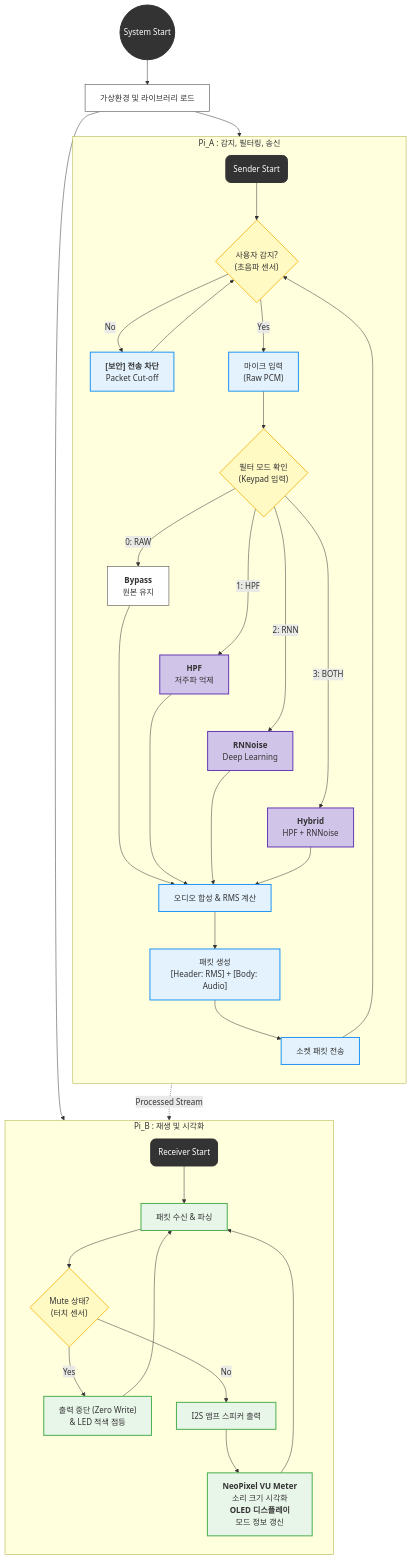
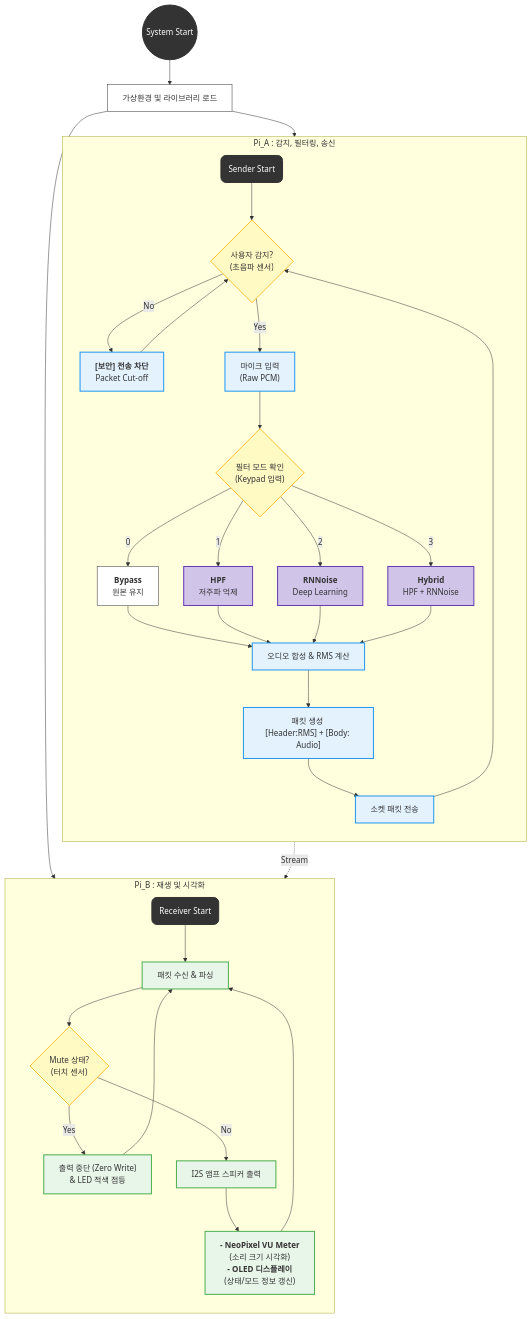
Before and after one commit to yoseflp/Embedded_noise_filter_team: the third of 3 diagrams in README.md, drawn with Mermaid. The commit also changed other lines of this file, not shown here.

````diff
--- a/README.md
+++ b/README.md
@@ -160,59 +172,72 @@
 ```mermaid
 flowchart TD
+    %% --- 스타일 정의 ---
     classDef start fill:#333,stroke:#333,stroke-width:2px,color:white,rx:10,ry:10;
     classDef proc fill:#fff,stroke:#333,stroke-width:1px;
     classDef decision fill:#fff9c4,stroke:#fbc02d,stroke-width:2px;
     classDef sender fill:#e3f2fd,stroke:#2196f3,stroke-width:2px;
     classDef receiver fill:#e8f5e9,stroke:#4caf50,stroke-width:2px;
     classDef filter fill:#d1c4e9,stroke:#673ab7,stroke-width:2px;
 
+    %% --- 시작점 ---
     Root((System Start)):::start --> Init["가상환경 및 라이브러리 로드"]:::proc
-    Init --> Fork_A & Fork_B
+    Init --> Fork_A
+    Init --> Fork_B
 
+    %% --- [Pi A] 송신부 ---
     subgraph Sender_Logic [Pi_A : 감지, 필터링, 송신]
         direction TB
         Fork_A(Sender Start):::start
+        
         Fork_A --> Check_User{"사용자 감지?<br>(초음파 센서)"}:::decision
         
+        %% 분기: 사용자 없음
         Check_User -- No --> Packet_Cut["<b>[보안] 전송 차단</b><br>Packet Cut-off"]:::sender
         Packet_Cut --> Check_User
         
+        %% 분기: 사용자 있음
         Check_User -- Yes --> Read_Mic["마이크 입력<br>(Raw PCM)"]:::sender
         Read_Mic --> Check_Mode{"필터 모드 확인<br>(Keypad 입력)"}:::decision
         
-        Filter_Raw["<b>Bypass</b><br>원본 유지"]:::proc ~~~ Filter_HPF["<b>HPF</b><br>저주파 억제"]:::filter ~~~ Filter_RNN["<b>RNNoise</b><br>Deep Learning"]:::filter ~~~ Filter_Both["<b>Hybrid</b><br>HPF + RNNoise"]:::filter
-
-        Check_Mode -- 0: RAW --> Filter_Raw
-        Check_Mode -- 1: HPF --> Filter_HPF
-        Check_Mode -- 2: RNN --> Filter_RNN
-        Check_Mode -- 3: BOTH --> Filter_Both
+        %% 필터 모드 분기 (자연스러운 배치)
+        Check_Mode -- 0 --> Filter_Raw["<b>Bypass</b><br>원본 유지"]:::proc
+        Check_Mode -- 1 --> Filter_HPF["<b>HPF</b><br>저주파 억제"]:::filter
+        Check_Mode -- 2 --> Filter_RNN["<b>RNNoise</b><br>Deep Learning"]:::filter
+        Check_Mode -- 3 --> Filter_Both["<b>Hybrid</b><br>HPF + RNNoise"]:::filter
         
-        Filter_Raw --> Process_Data
+        %% 필터 합류
+        Filter_Raw --> Process_Data["오디오 합성 & RMS 계산"]:::sender
         Filter_HPF --> Process_Data
         Filter_RNN --> Process_Data
         Filter_Both --> Process_Data
         
-        Process_Data["오디오 합성 & RMS 계산"]:::sender --> Make_Pkt["패킷 생성<br>[Header: RMS] + [Body: Audio]"]:::sender
+        Process_Data --> Make_Pkt["패킷 생성 <br>[Header:RMS] + [Body: Audio]"]:::sender
         Make_Pkt --> Send_Pkt["소켓 패킷 전송"]:::sender
+        
+        %% 루프백
         Send_Pkt --> Check_User
     end
 
-    Send_Pkt -.->|Processed Stream| Recv_Pkt
+    %% --- 네트워크 연결 ---
+    Send_Pkt -.->|Stream| Recv_Pkt
 
+    %% --- [Pi B] 수신부 ---
     subgraph Receiver_Logic [Pi_B : 재생 및 시각화]
         direction TB
         Fork_B(Receiver Start):::start
+        
         Fork_B --> Recv_Pkt["패킷 수신 & 파싱"]:::receiver
         Recv_Pkt --> Check_Mute{"Mute 상태?<br>(터치 센서)"}:::decision
         
-        Check_Mute -- Yes --> Stop_Out["출력 중단 (Zero Write)<br>& LED 적색 점등"]:::receiver
-        Stop_Out --> Recv_Pkt
+        %% Mute 분기
+        Check_Mute -- Yes --> Stop_Sound["출력 중단 (Zero Write)<br>& LED 적색 점등"]:::receiver
+        Stop_Sound --> Recv_Pkt
         
+        %% 정상 출력 분기
         Check_Mute -- No --> Output_Spk["I2S 앰프 스피커 출력"]:::receiver
-        Output_Spk --> Update_Visual["<b>NeoPixel VU Meter</b><br>소리 크기 시각화<br><b>OLED 디스플레이</b><br>모드 정보 갱신"]:::receiver
+        Output_Spk --> Update_Visual["<b>- NeoPixel VU Meter</b> <br>(소리 크기 시각화)<br><b>- OLED 디스플레이</b> <br>(상태/모드 정보 갱신)"]:::receiver
+        
         Update_Visual --> Recv_Pkt
     end
-    
-    Sender_Logic ~~~ Receiver_Logic
 
 ```
````
